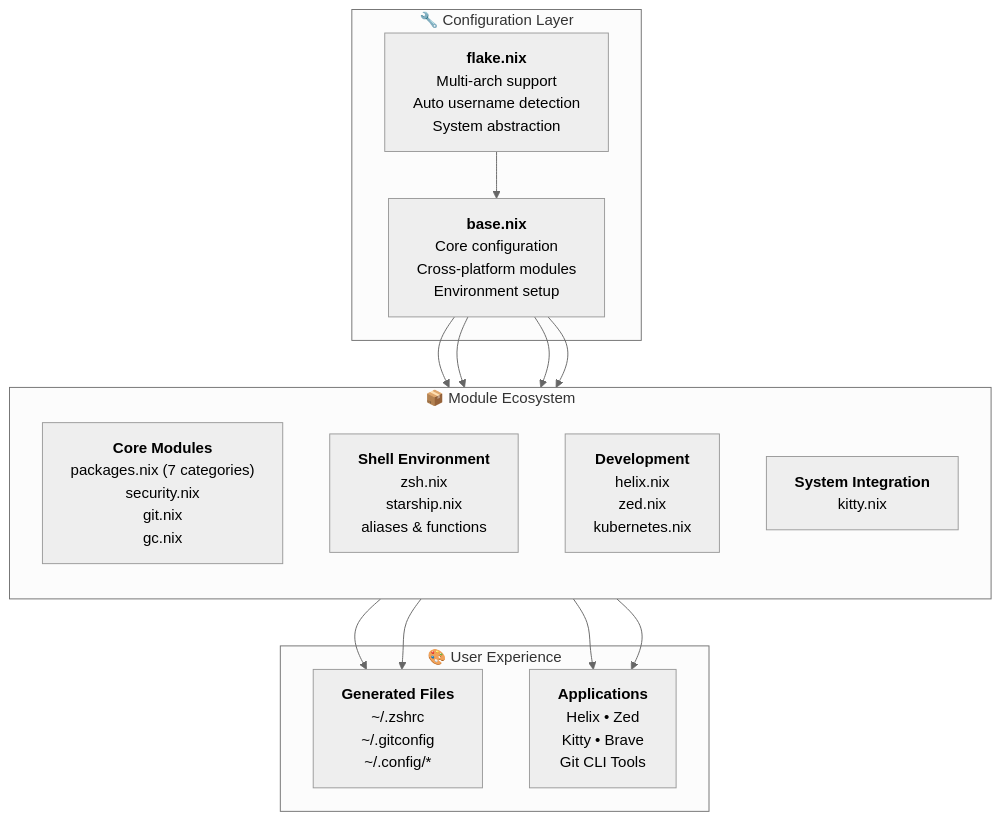
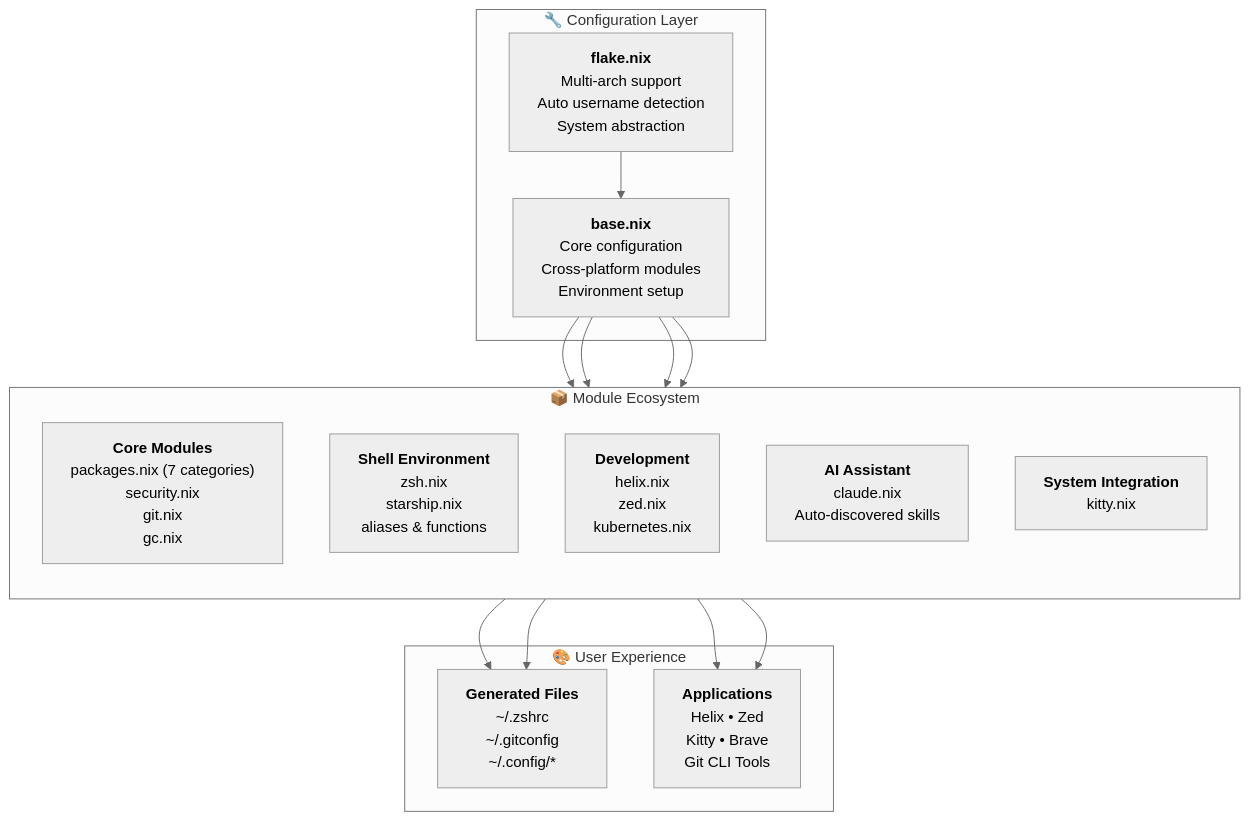
One commit to pampatzoglou/home-manager changed the first of 8 diagrams in docs/ARCHITECTURE.md. Above: the diagram before and after it, drawn with Mermaid (neutral theme). The commit also changed other lines of this file and 17 other files, not shown here.

````diff
--- a/docs/ARCHITECTURE.md
+++ b/docs/ARCHITECTURE.md
@@ -7,53 +7,56 @@
 ```mermaid
 graph TB
     subgraph "🔧 Configuration Layer"
         flake["`**flake.nix**
         Multi-arch support
         Auto username detection
         System abstraction`"]
         base["`**base.nix**
         Core configuration
         Cross-platform modules
         Environment setup`"]
     end
 
     subgraph "📦 Module Ecosystem"
         direction TB
         core["`**Core Modules**
         packages.nix (7 categories)
         security.nix
         git.nix
         gc.nix`"]
         shell["`**Shell Environment**
         zsh.nix
         starship.nix
         aliases & functions`"]
         dev["`**Development**
         helix.nix
         zed.nix
         kubernetes.nix`"]
+        ai["`**AI Assistant**
+        claude.nix
+        Auto-discovered skills`"]
         sys["`**System Integration**
         kitty.nix`"]
     end
 
     subgraph "🎨 User Experience"
         dotfiles["`**Generated Files**
         ~/.zshrc
         ~/.gitconfig
         ~/.config/*`"]
         apps["`**Applications**
         Helix • Zed
         Kitty • Brave
         Git CLI Tools`"]
     end
 
     flake --> base
     base --> core
     base --> shell
     base --> dev
     base --> sys
     core --> dotfiles
     shell --> dotfiles
     dev --> apps
     sys --> apps
 ```
````
